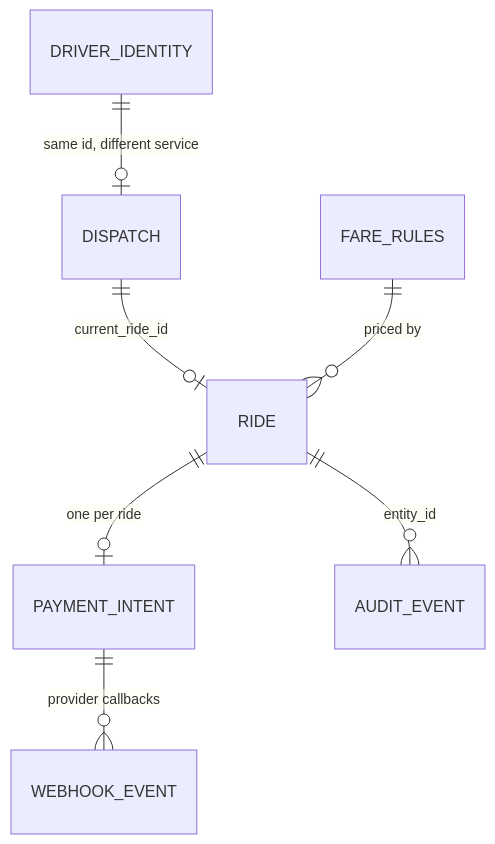
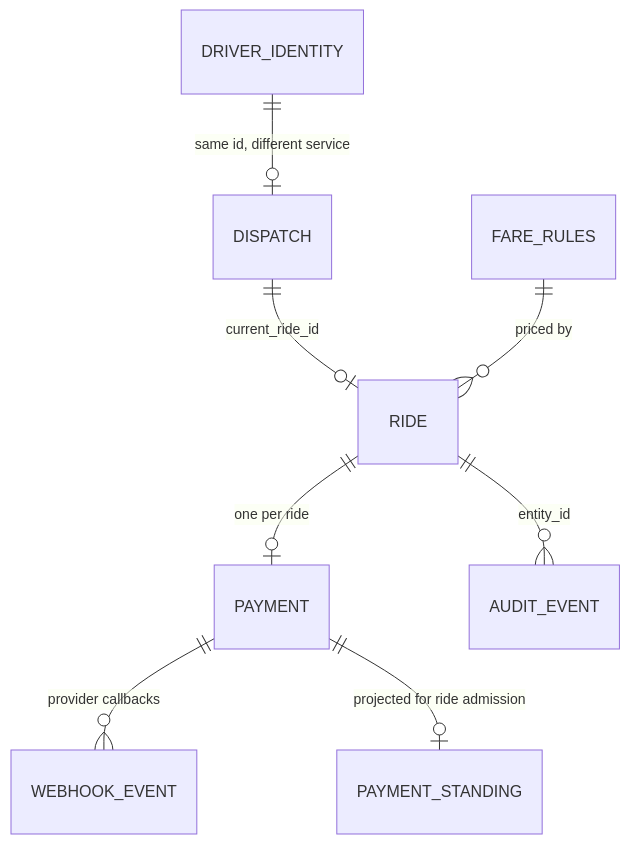
One commit to paulinxe/puber changed the third of 4 diagrams in _bmad-output/planning-artifacts/architecture/architecture-puber-2026-08-03/ARCHITECTURE-SPINE.md. Above: the diagram before and after it, drawn with Mermaid. The commit also changed other lines of this file and 12 other files, not shown here.

````diff
--- a/_bmad-output/planning-artifacts/architecture/architecture-puber-2026-08-03/ARCHITECTURE-SPINE.md
+++ b/_bmad-output/planning-artifacts/architecture/architecture-puber-2026-08-03/ARCHITECTURE-SPINE.md
@@ -473,9 +490,10 @@
 ```mermaid
 erDiagram
   DRIVER_IDENTITY ||--o| DISPATCH : "same id, different service"
   DISPATCH ||--o| RIDE : "current_ride_id"
-  RIDE ||--o| PAYMENT_INTENT : "one per ride"
+  RIDE ||--o| PAYMENT : "one per ride"
   RIDE ||--o{ AUDIT_EVENT : "entity_id"
   FARE_RULES ||--o{ RIDE : "priced by"
-  PAYMENT_INTENT ||--o{ WEBHOOK_EVENT : "provider callbacks"
+  PAYMENT ||--o{ WEBHOOK_EVENT : "provider callbacks"
+  PAYMENT ||--o| PAYMENT_STANDING : "projected for ride admission"
 ```
````
